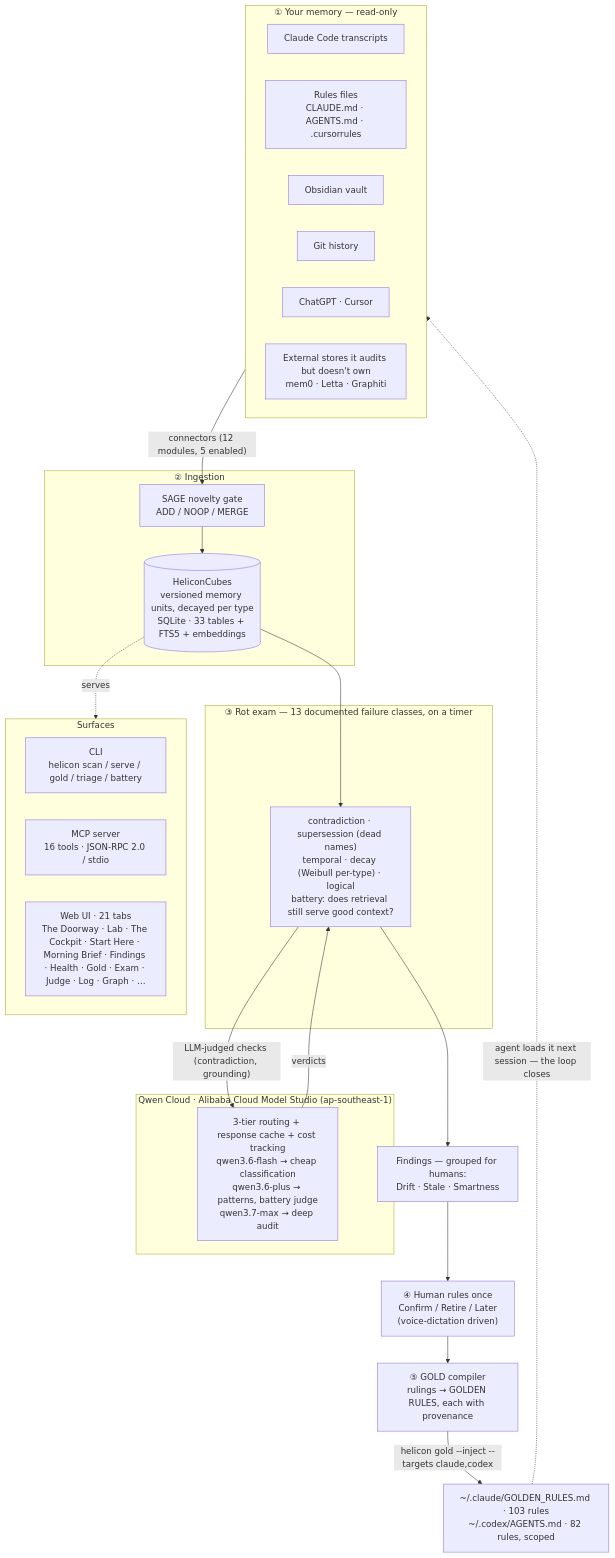
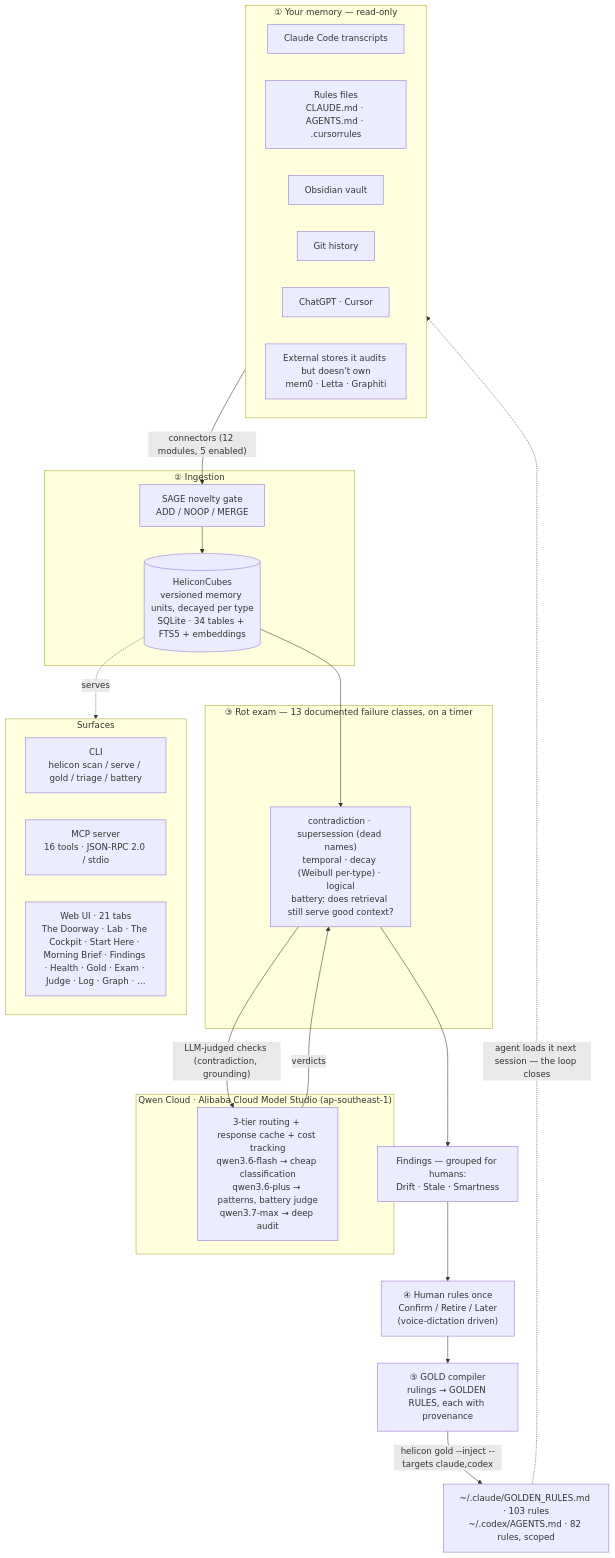
Before and after one commit to Morkeeth/mountain-of-helicon: the first of 2 diagrams in ARCHITECTURE.md, drawn with Mermaid. The commit also changed other lines of this file and 12 other files, not shown here.

````diff
--- a/ARCHITECTURE.md
+++ b/ARCHITECTURE.md
@@ -11,45 +11,45 @@
 ```mermaid
 flowchart TD
   subgraph SRC["① Your memory — read-only"]
     A1["Claude Code transcripts"]
     A2["Rules files<br/>CLAUDE.md · AGENTS.md · .cursorrules"]
     A3["Obsidian vault"]
     A4["Git history"]
     A5["ChatGPT · Cursor"]
     A6["External stores it audits but doesn't own<br/>mem0 · Letta · Graphiti"]
   end
 
   SRC -->|"connectors (12 modules, 5 enabled)"| GATE
 
   subgraph INGEST["② Ingestion"]
     GATE["SAGE novelty gate<br/>ADD / NOOP / MERGE"]
-    CUBES[("HeliconCubes<br/>versioned memory units, decayed per type<br/>SQLite · 33 tables + FTS5 + embeddings")]
+    CUBES[("HeliconCubes<br/>versioned memory units, decayed per type<br/>SQLite · 34 tables + FTS5 + embeddings")]
     GATE --> CUBES
   end
 
   CUBES --> EXAM
 
   subgraph AUDIT["③ Rot exam — 13 documented failure classes, on a timer"]
     EXAM["contradiction · supersession (dead names)<br/>temporal · decay (Weibull per-type) · logical<br/>battery: does retrieval still serve good context?"]
   end
 
   EXAM -->|"LLM-judged checks (contradiction, grounding)"| QWEN
   QWEN -->|verdicts| EXAM
 
   subgraph QWENC["Qwen Cloud · Alibaba Cloud Model Studio (ap-southeast-1)"]
     QWEN["3-tier routing + response cache + cost tracking<br/>qwen3.6-flash → cheap classification<br/>qwen3.6-plus → patterns, battery judge<br/>qwen3.7-max → deep audit"]
   end
 
   EXAM --> FIND["Findings — grouped for humans:<br/>Drift · Stale · Smartness"]
   FIND --> HUMAN["④ Human rules once<br/>Confirm / Retire / Later<br/>(voice-dictation driven)"]
   HUMAN --> GOLD["⑤ GOLD compiler<br/>rulings → GOLDEN RULES, each with provenance"]
   GOLD -->|"helicon gold --inject --targets claude,codex"| INJECT["~/.claude/GOLDEN_RULES.md · 103 rules<br/>~/.codex/AGENTS.md · 82 rules, scoped"]
   INJECT -.->|"agent loads it next session — the loop closes"| SRC
 
   CUBES -.serves.-> SURF
   subgraph SURF["Surfaces"]
     CLI["CLI<br/>helicon scan / serve / gold / triage / battery"]
     MCP["MCP server<br/>16 tools · JSON-RPC 2.0 / stdio"]
     WEB["Web UI · 21 tabs<br/>The Doorway · Lab · The Cockpit · Start Here · Morning Brief · Findings · Health · Gold · Exam · Judge · Log · Graph · …"]
   end
 ```
````
